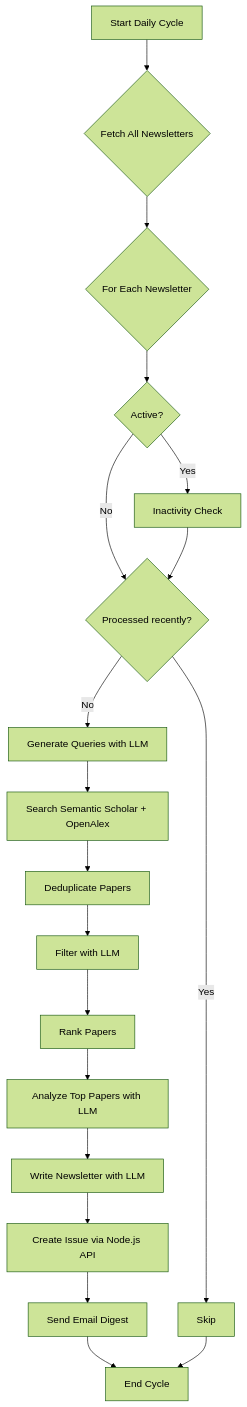
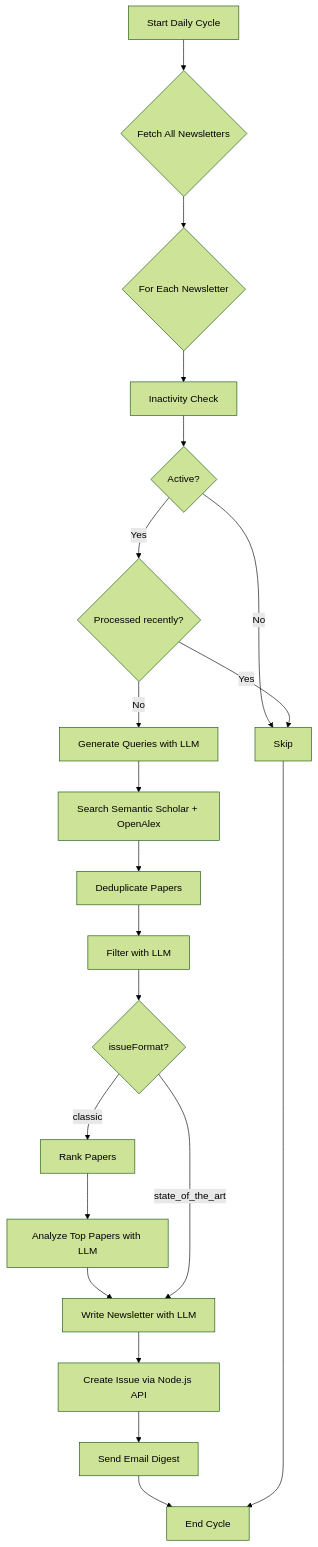
One commit to AbdoulayeDiop/my-research-digest changed the diagram in docs/backend-python.md. Above: the diagram before and after it, drawn with Mermaid (forest theme). The commit also changed other lines of this file and 39 other files, not shown here.

````diff
--- a/docs/backend-python.md
+++ b/docs/backend-python.md
@@ -29,21 +29,23 @@
 ```mermaid
 graph TD
     A[Start Daily Cycle] --> B{Fetch All Newsletters};
     B --> C{For Each Newsletter};
-    C --> D{Active?};
-    D -- Yes --> E[Inactivity Check];
-    D -- No --> F{Processed recently?};
-    E --> F;
-    F -- Yes --> G[Skip];
+    C --> D[Inactivity Check];
+    D --> E{Active?}
+    E -- Yes --> F{Processed recently?};
+    E -- No --> G[Skip];
+    F -- Yes --> G;
     F -- No --> H[Generate Queries with LLM];
     H --> I[Search Semantic Scholar + OpenAlex];
     I --> J[Deduplicate Papers];
     J --> K[Filter with LLM];
-    K --> L[Rank Papers];
-    L --> M[Analyze Top Papers with LLM];
-    M --> N[Write Newsletter with LLM];
-    N --> O[Create Issue via Node.js API];
-    O --> P[Send Email Digest];
-    P --> Q[End Cycle];
-    G --> Q;
+    K --> L{issueFormat?};
+    L -- classic --> M[Rank Papers];
+    M --> N[Analyze Top Papers with LLM];
+    N --> O[Write Newsletter with LLM];
+    L -- state_of_the_art --> O;
+    O --> P[Create Issue via Node.js API];
+    P --> Q[Send Email Digest];
+    Q --> R[End Cycle];
+    G --> R;
 ```
````
